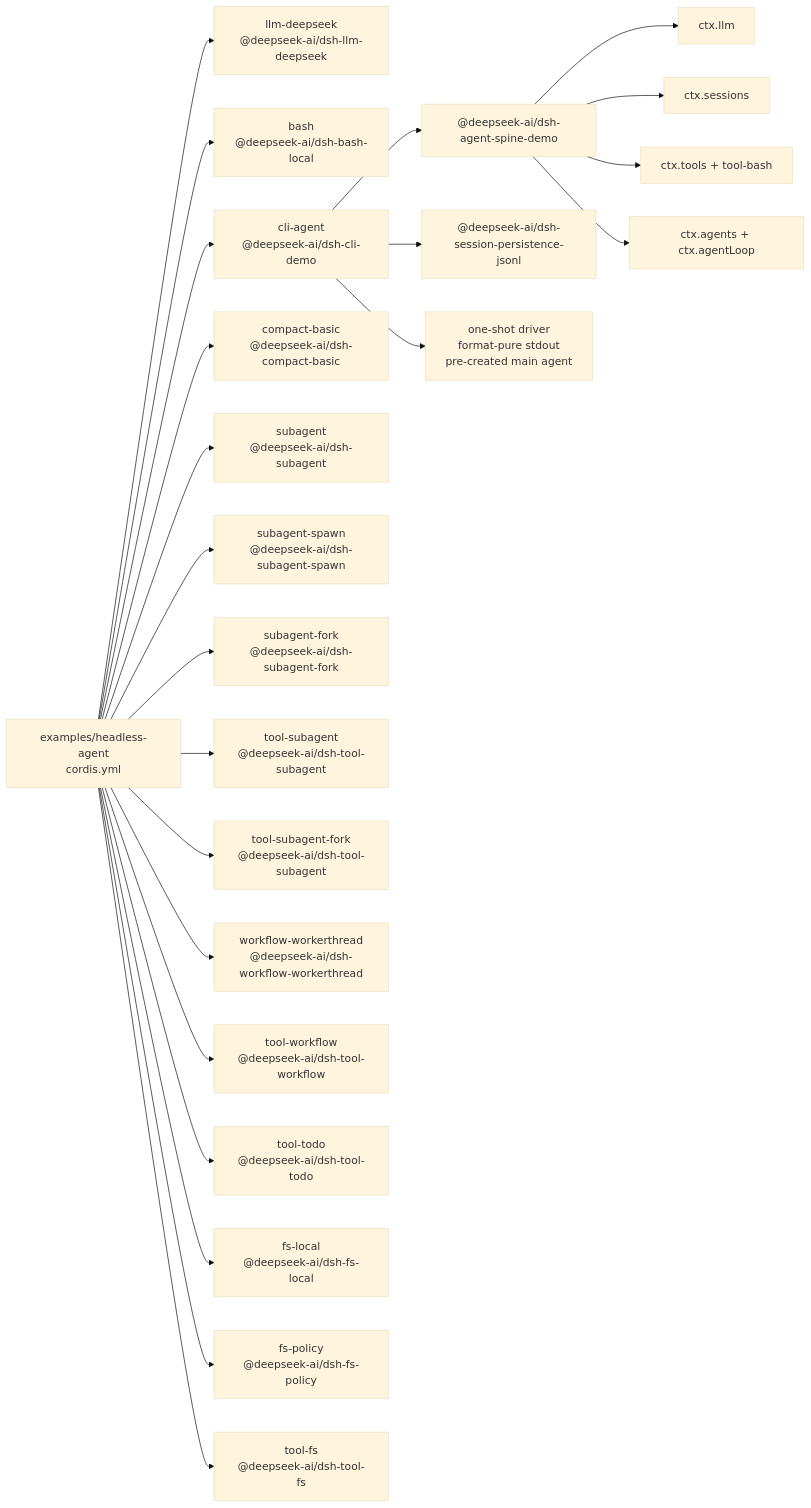
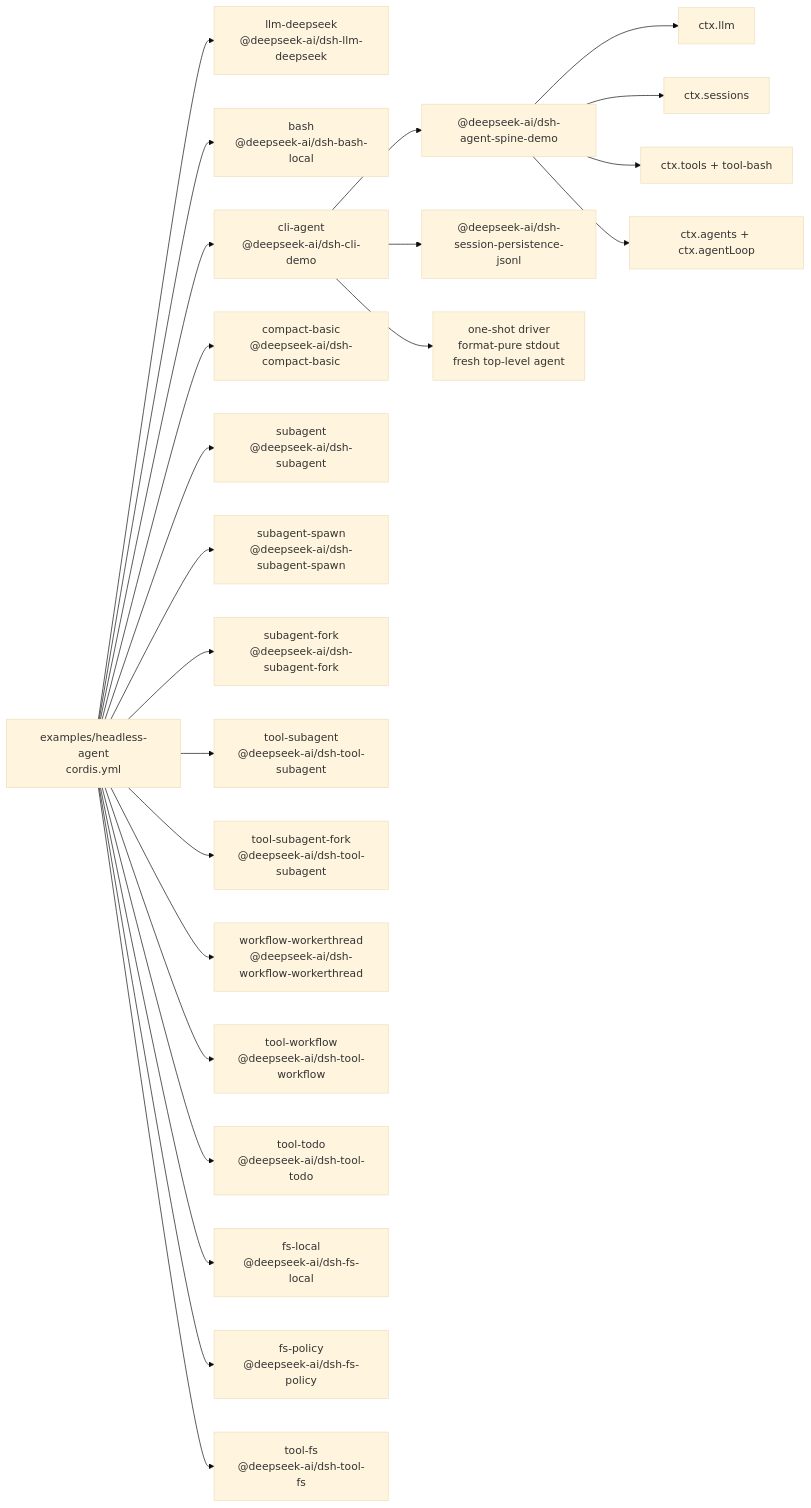
The diagram in examples/headless-agent/composition.md (007M7/DeepCode), drawn with Mermaid (base theme) before and after one commit. The commit also changed other lines of this file and 14 other files, not shown here.

Commit message:
docs: align one-shot demo prose

````diff
--- a/examples/headless-agent/composition.md
+++ b/examples/headless-agent/composition.md
@@ -8,41 +8,41 @@
 ```mermaid
 flowchart LR
   cfg["examples/headless-agent<br/>cordis.yml"]
   plugin_headless_llm_deepseek["llm-deepseek<br/>@deepseek-ai/dsh-llm-deepseek"]
   cfg --> plugin_headless_llm_deepseek
   plugin_headless_bash["bash<br/>@deepseek-ai/dsh-bash-local"]
   cfg --> plugin_headless_bash
   plugin_headless_cli_agent["cli-agent<br/>@deepseek-ai/dsh-cli-demo"]
   cfg --> plugin_headless_cli_agent
   plugin_headless_cli_agent --> bundle_agent_core["@deepseek-ai/dsh-agent-spine-demo"]
   plugin_headless_cli_agent --> bundle_jsonl["@deepseek-ai/dsh-session-persistence-jsonl"]
-  plugin_headless_cli_agent --> frontdoor_cli["one-shot driver<br/>format-pure stdout<br/>pre-created main agent"]
+  plugin_headless_cli_agent --> frontdoor_cli["one-shot driver<br/>format-pure stdout<br/>fresh top-level agent"]
   bundle_agent_core --> spine_llm["ctx.llm"]
   bundle_agent_core --> spine_sessions["ctx.sessions"]
   bundle_agent_core --> spine_tools["ctx.tools + tool-bash"]
   bundle_agent_core --> spine_loop["ctx.agents + ctx.agentLoop"]
   plugin_headless_compact_basic["compact-basic<br/>@deepseek-ai/dsh-compact-basic"]
   cfg --> plugin_headless_compact_basic
   plugin_headless_subagent["subagent<br/>@deepseek-ai/dsh-subagent"]
   cfg --> plugin_headless_subagent
   plugin_headless_subagent_spawn["subagent-spawn<br/>@deepseek-ai/dsh-subagent-spawn"]
   cfg --> plugin_headless_subagent_spawn
   plugin_headless_subagent_fork["subagent-fork<br/>@deepseek-ai/dsh-subagent-fork"]
   cfg --> plugin_headless_subagent_fork
   plugin_headless_tool_subagent["tool-subagent<br/>@deepseek-ai/dsh-tool-subagent"]
   cfg --> plugin_headless_tool_subagent
   plugin_headless_tool_subagent_fork["tool-subagent-fork<br/>@deepseek-ai/dsh-tool-subagent"]
   cfg --> plugin_headless_tool_subagent_fork
   plugin_headless_workflow_workerthread["workflow-workerthread<br/>@deepseek-ai/dsh-workflow-workerthread"]
   cfg --> plugin_headless_workflow_workerthread
   plugin_headless_tool_workflow["tool-workflow<br/>@deepseek-ai/dsh-tool-workflow"]
   cfg --> plugin_headless_tool_workflow
   plugin_headless_tool_todo["tool-todo<br/>@deepseek-ai/dsh-tool-todo"]
   cfg --> plugin_headless_tool_todo
   plugin_headless_fs_local["fs-local<br/>@deepseek-ai/dsh-fs-local"]
   cfg --> plugin_headless_fs_local
   plugin_headless_fs_policy["fs-policy<br/>@deepseek-ai/dsh-fs-policy"]
   cfg --> plugin_headless_fs_policy
   plugin_headless_tool_fs["tool-fs<br/>@deepseek-ai/dsh-tool-fs"]
   cfg --> plugin_headless_tool_fs
 ```
````
